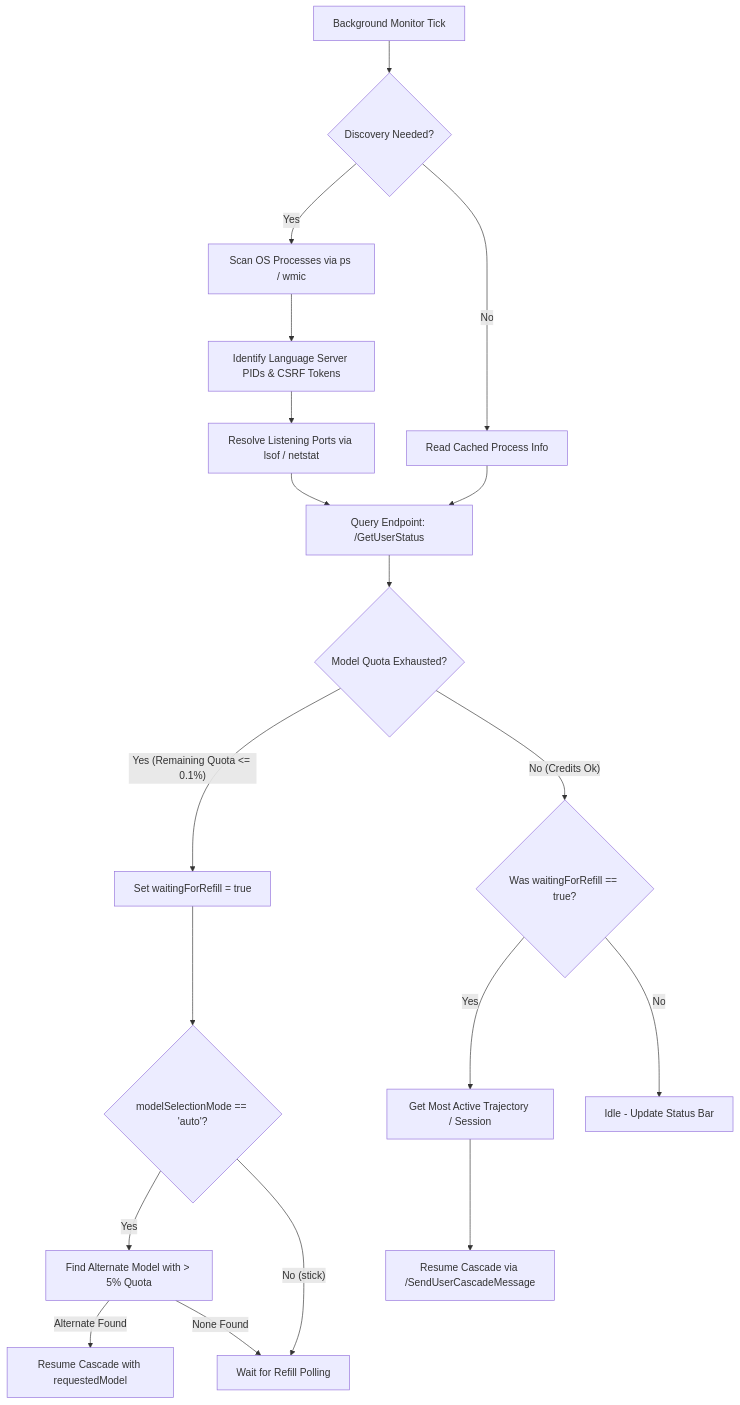
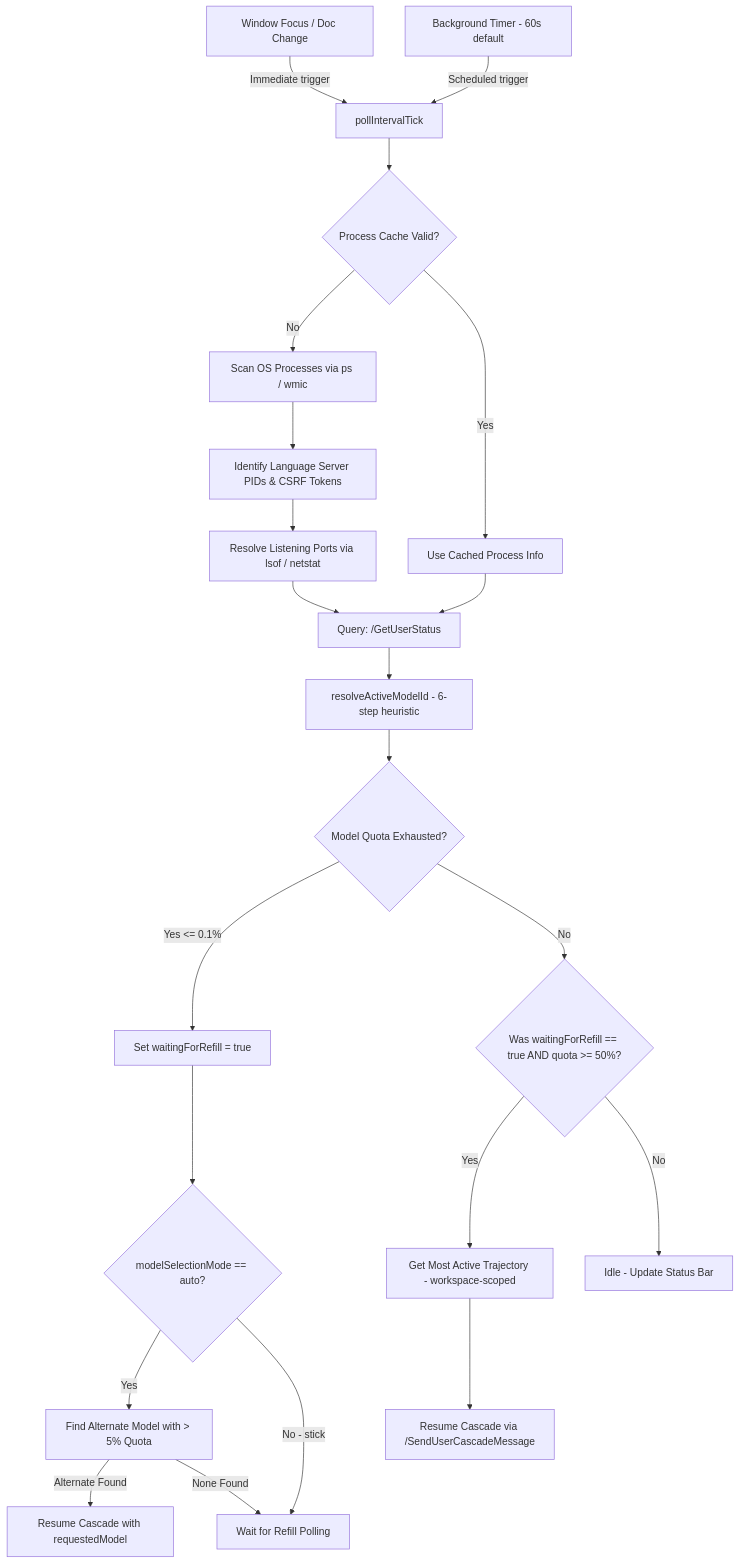
The diagram in docs/architecture.md (iafilius/antigravity-credit-resumer), drawn with Mermaid before and after one commit. The commit also changed other lines of this file and 7 other files, not shown here.

````diff
--- a/docs/architecture.md
+++ b/docs/architecture.md
@@ -11,21 +13,24 @@
 ```mermaid
 graph TD
-    A[Background Monitor Tick] --> B{Discovery Needed?}
-    B -- Yes --> C[Scan OS Processes via ps / wmic]
-    C --> D[Identify Language Server PIDs & CSRF Tokens]
-    D --> E[Resolve Listening Ports via lsof / netstat]
-    B -- No --> F[Read Cached Process Info]
-    E --> G[Query Endpoint: /GetUserStatus]
-    F --> G
-    G --> H{Model Quota Exhausted?}
-    H -- Yes (Remaining Quota <= 0.1%) --> I[Set waitingForRefill = true]
-    I --> J{modelSelectionMode == 'auto'?}
-    J -- Yes --> K[Find Alternate Model with > 5% Quota]
-    K -- Alternate Found --> L[Resume Cascade with requestedModel]
-    K -- None Found --> M[Wait for Refill Polling]
-    J -- No (stick) --> M
-    H -- No (Credits Ok) --> N{Was waitingForRefill == true?}
-    N -- Yes --> O[Get Most Active Trajectory / Session]
-    O --> P[Resume Cascade via /SendUserCascadeMessage]
-    N -- No --> Q[Idle - Update Status Bar]
+    A[Window Focus / Doc Change] -->|Immediate trigger| E
+    B[Background Timer - 60s default] -->|Scheduled trigger| E
+    E[pollIntervalTick] --> C{Process Cache Valid?}
+    C -- No --> D[Scan OS Processes via ps / wmic]
+    D --> F[Identify Language Server PIDs & CSRF Tokens]
+    F --> G[Resolve Listening Ports via lsof / netstat]
+    C -- Yes --> H[Use Cached Process Info]
+    G --> I[Query: /GetUserStatus]
+    H --> I
+    I --> J[resolveActiveModelId - 6-step heuristic]
+    J --> K{Model Quota Exhausted?}
+    K -- Yes <= 0.1% --> L[Set waitingForRefill = true]
+    L --> M{modelSelectionMode == auto?}
+    M -- Yes --> N[Find Alternate Model with > 5% Quota]
+    N -- Alternate Found --> O[Resume Cascade with requestedModel]
+    N -- None Found --> P[Wait for Refill Polling]
+    M -- No - stick --> P
+    K -- No --> Q{Was waitingForRefill == true AND quota >= 50%?}
+    Q -- Yes --> R[Get Most Active Trajectory - workspace-scoped]
+    R --> S[Resume Cascade via /SendUserCascadeMessage]
+    Q -- No --> T[Idle - Update Status Bar]
 ```
````
